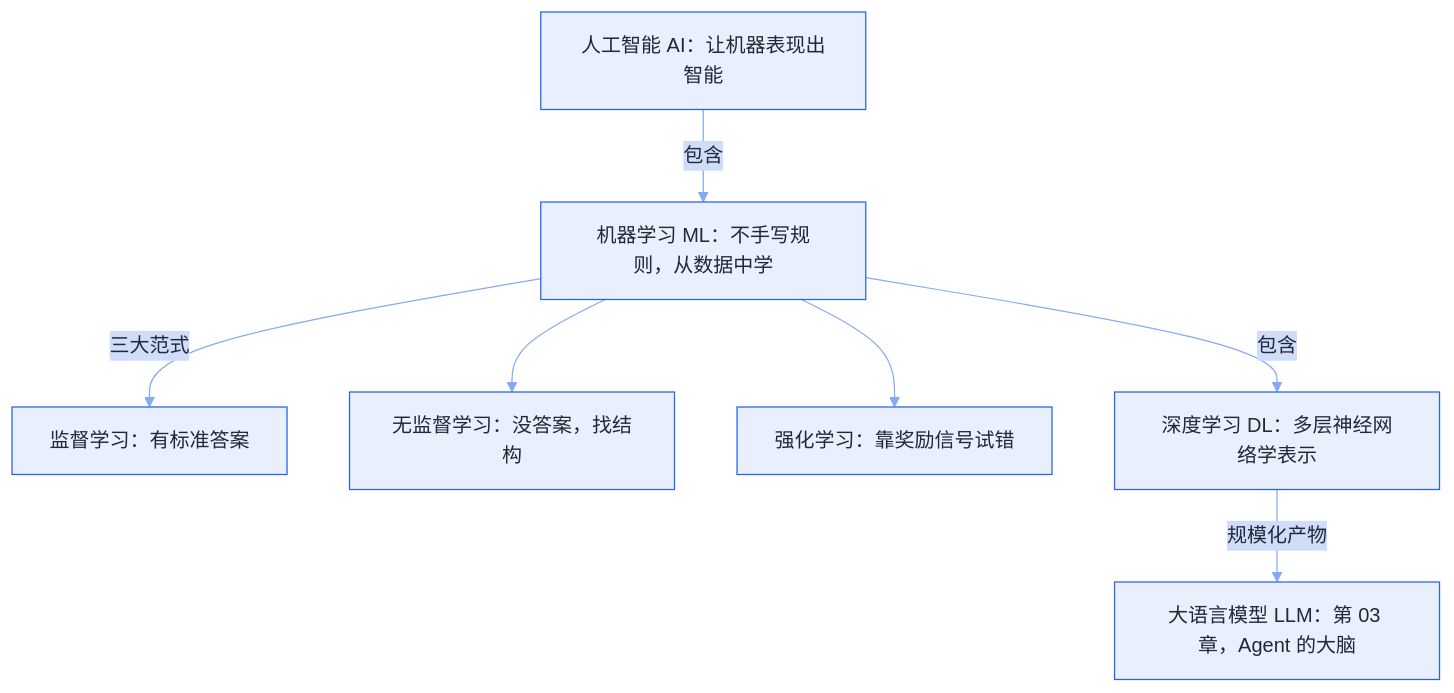
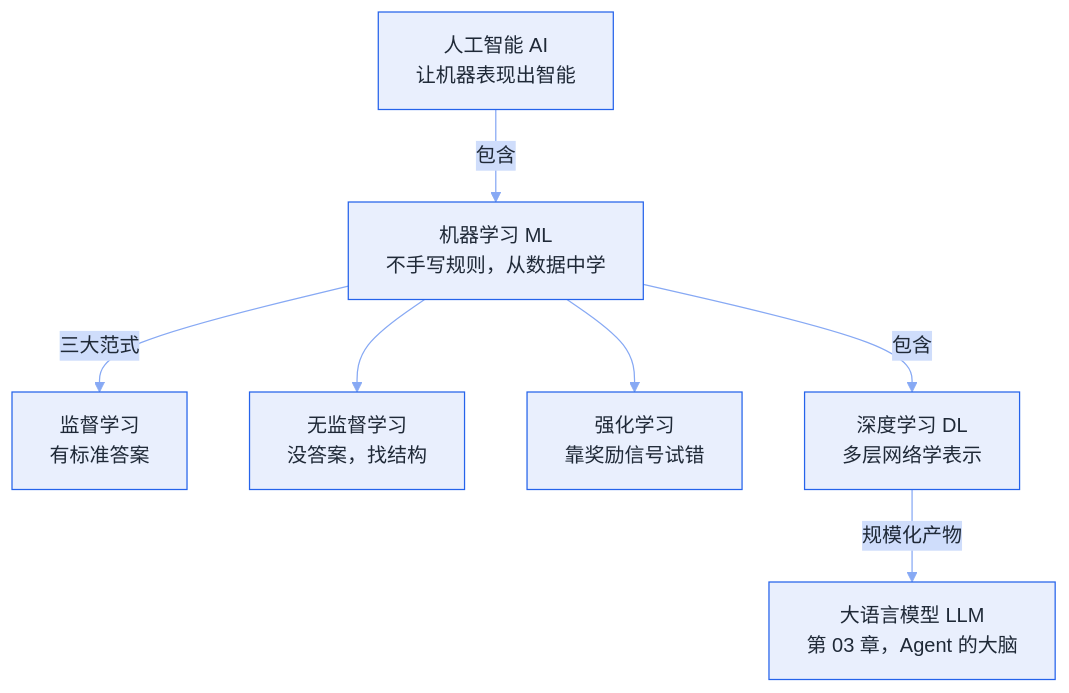
The diagram in docs/01-ai-basics/README.md (funny8kids/ai-agent-handbook), drawn with Mermaid before and after one commit. The commit also changed 39 other files, not shown here.

First line of the commit message:
Round 15: re-measure all diagrams on GitBook's real mermaid version (11.14.0)

````diff
--- a/docs/01-ai-basics/README.md
+++ b/docs/01-ai-basics/README.md
@@ -25,10 +25,10 @@
 ```mermaid
 %%{init: {"theme":"base","themeVariables":{"primaryColor":"#E9EFFD","primaryBorderColor":"#2563EB","primaryTextColor":"#1F2937","secondaryColor":"#CFDDFB","tertiaryColor":"#F6F9FE","lineColor":"#87A9F4","actorBkg":"#EEF3FD","actorBorder":"#2563EB","actorTextColor":"#1F2937","signalColor":"#6692F1","noteBkgColor":"#D8E3FB","noteBorderColor":"#2563EB","noteTextColor":"#1F2937","labelBoxBkgColor":"#E9EFFD","labelBoxBorderColor":"#2563EB"}}}%%
 flowchart TD
-    A["人工智能 AI：让机器表现出智能"] -->|"包含"| B["机器学习 ML：不手写规则，从数据中学"]
-    B -->|"三大范式"| B1["监督学习：有标准答案"]
-    B --> B2["无监督学习：没答案，找结构"]
-    B --> B3["强化学习：靠奖励信号试错"]
-    B -->|"包含"| C["深度学习 DL：多层神经网络学表示"]
-    C -->|"规模化产物"| D["大语言模型 LLM：第 03 章，Agent 的大脑"]
+    A["人工智能 AI<br/>让机器表现出智能"] -->|"包含"| B["机器学习 ML<br/>不手写规则，从数据中学"]
+    B -->|"三大范式"| B1["监督学习<br/>有标准答案"]
+    B --> B2["无监督学习<br/>没答案，找结构"]
+    B --> B3["强化学习<br/>靠奖励信号试错"]
+    B -->|"包含"| C["深度学习 DL<br/>多层网络学表示"]
+    C -->|"规模化产物"| D["大语言模型 LLM<br/>第 03 章，Agent 的大脑"]
 ```
````
